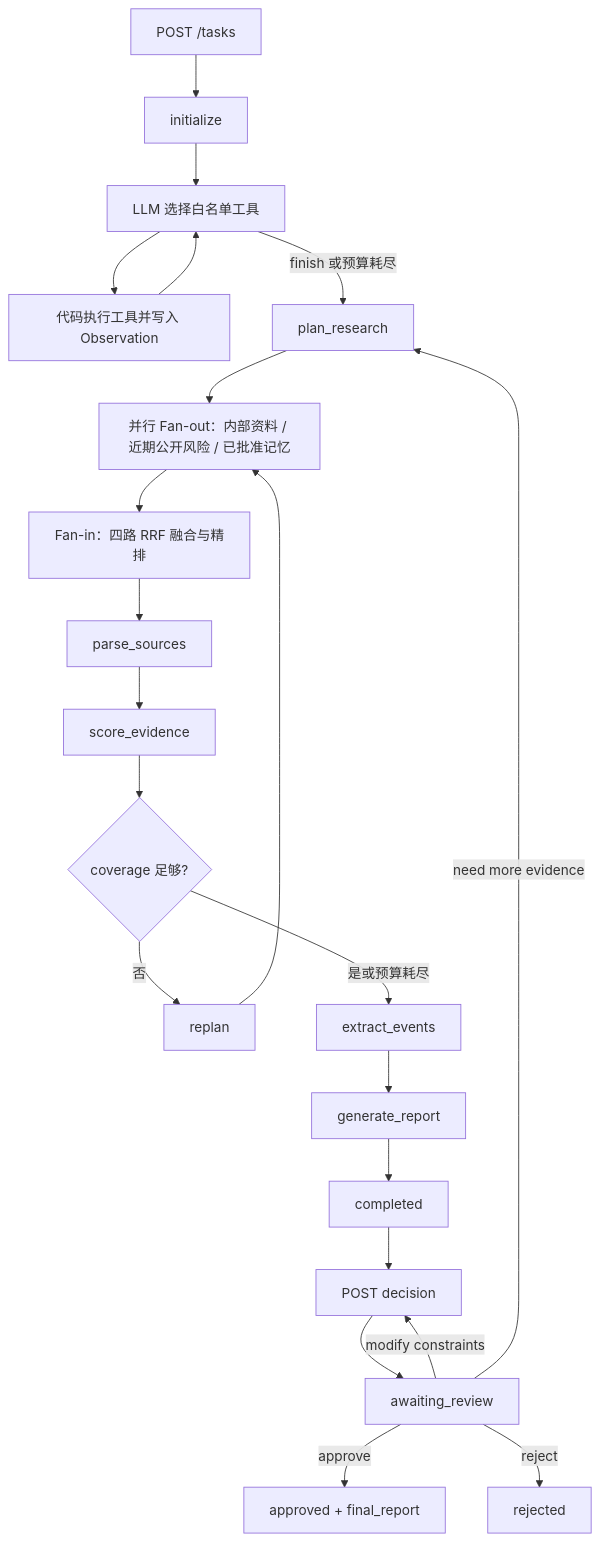
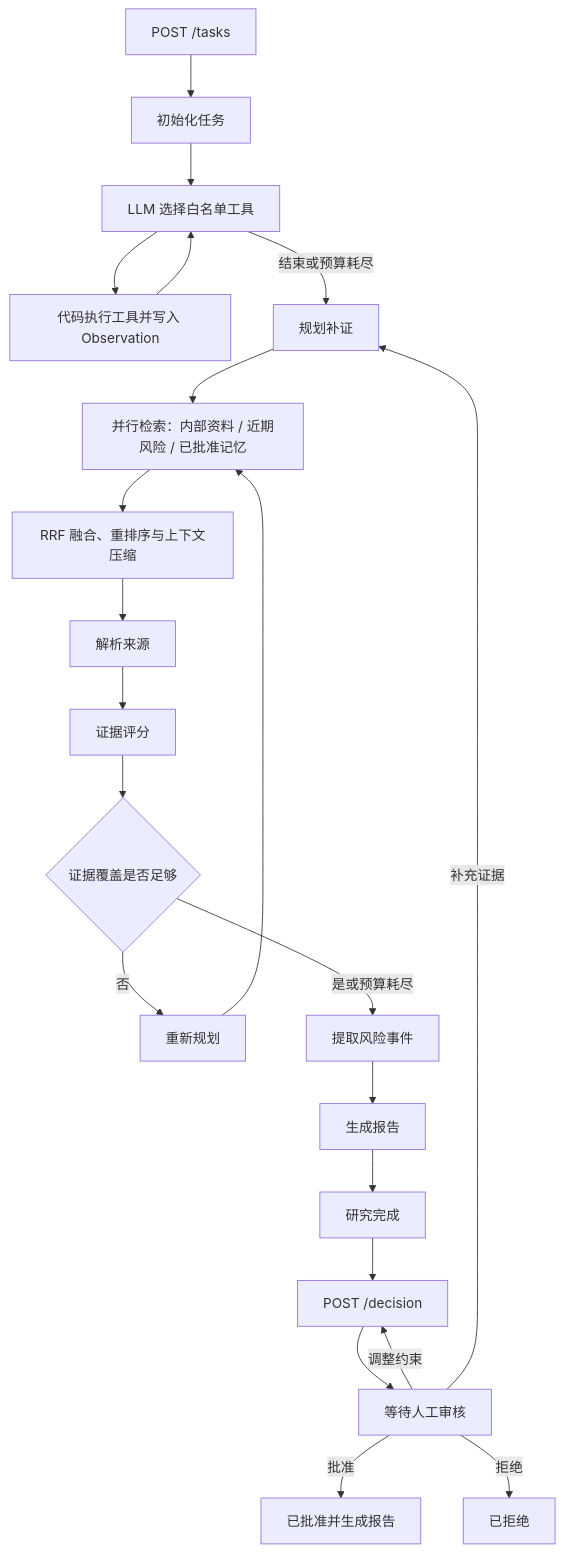
Before and after one commit to zjm1111/storeflow-agent: the diagram in docs/architecture.md, drawn with Mermaid.

Commit message:
docs: make architecture diagram GitHub compatible

````diff
--- a/docs/architecture.md
+++ b/docs/architecture.md
@@ -3,24 +3,24 @@
 ```mermaid
 flowchart TD
-  A[POST /tasks] --> B[initialize]
-  B --> X[LLM 选择白名单工具]
-  X --> Y[代码执行工具并写入 Observation]
+  A["POST /tasks"] --> B["初始化任务"]
+  B --> X["LLM 选择白名单工具"]
+  X --> Y["代码执行工具并写入 Observation"]
   Y --> X
-  X -->|finish 或预算耗尽| C[plan_research]
-  C --> D[并行 Fan-out：内部资料 / 近期公开风险 / 已批准记忆]
-  D --> E[Fan-in：四路 RRF 融合与精排]
-  E --> F[parse_sources]
-  F --> G[score_evidence]
-  G --> H{coverage 足够?}
-  H -->|否| I[replan]
+  X -->|"结束或预算耗尽"| C["规划补证"]
+  C --> D["并行检索：内部资料 / 近期风险 / 已批准记忆"]
+  D --> E["RRF 融合、重排序与上下文压缩"]
+  E --> F["解析来源"]
+  F --> G["证据评分"]
+  G --> H{"证据覆盖是否足够"}
+  H -->|"否"| I["重新规划"]
   I --> D
-  H -->|是或预算耗尽| J[extract_events]
-  J --> K[generate_report]
-  K --> L[completed]
-  L --> M[POST decision]
-  M --> N[awaiting_review]
-  N -->|approve| O[approved + final_report]
-  N -->|modify constraints| M
-  N -->|need more evidence| C
-  N -->|reject| P[rejected]
+  H -->|"是或预算耗尽"| J["提取风险事件"]
+  J --> K["生成报告"]
+  K --> L["研究完成"]
+  L --> M["POST /decision"]
+  M --> N["等待人工审核"]
+  N -->|"批准"| O["已批准并生成报告"]
+  N -->|"调整约束"| M
+  N -->|"补充证据"| C
+  N -->|"拒绝"| P["已拒绝"]
 ```
````
